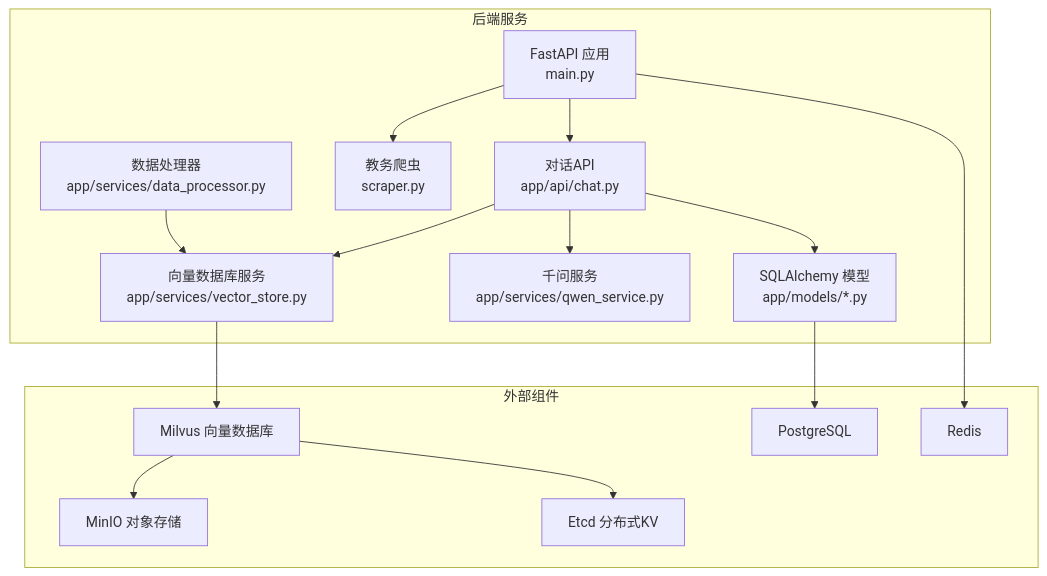
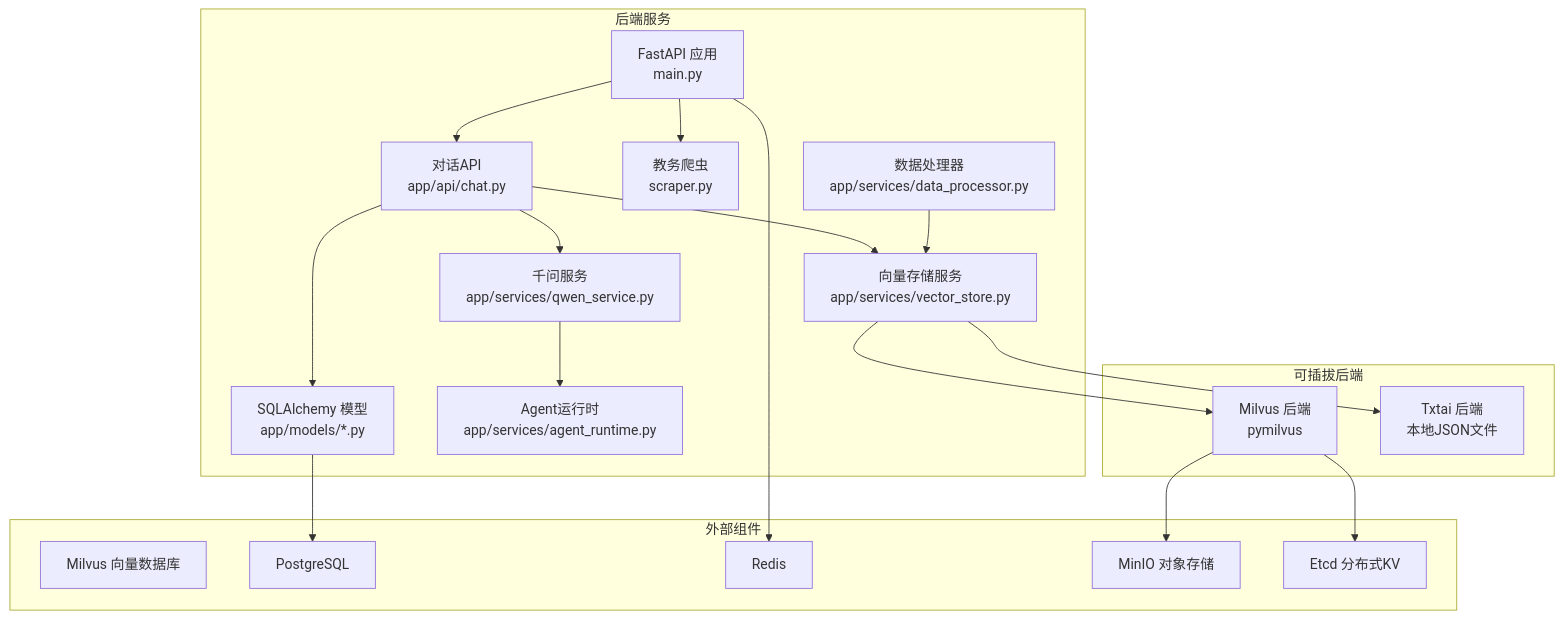
Before and after one commit to ghbbn053-ship-itsoulddog/soulddog: the first of 12 diagrams in .qoder/repowiki/zh/content/AI智能问答系统/向量数据库集成/向量数据库集成.md, drawn with Mermaid. The commit also changed other lines of this file and 119 other files, not shown here.

````diff
--- a/.qoder/repowiki/zh/content/AI智能问答系统/向量数据库集成/向量数据库集成.md
+++ b/.qoder/repowiki/zh/content/AI智能问答系统/向量数据库集成/向量数据库集成.md
@@ -53,30 +62,37 @@
 ```mermaid
 graph TB
 subgraph "后端服务"
 API["FastAPI 应用<br/>main.py"]
 ChatAPI["对话API<br/>app/api/chat.py"]
-VectorStore["向量数据库服务<br/>app/services/vector_store.py"]
+VectorStore["向量存储服务<br/>app/services/vector_store.py"]
 Qwen["千问服务<br/>app/services/qwen_service.py"]
 Scraper["教务爬虫<br/>scraper.py"]
 DB["SQLAlchemy 模型<br/>app/models/*.py"]
 DataProc["数据处理器<br/>app/services/data_processor.py"]
+AgentRuntime["Agent运行时<br/>app/services/agent_runtime.py"]
 end
 subgraph "外部组件"
 Milvus["Milvus 向量数据库"]
 Postgres["PostgreSQL"]
 Redis["Redis"]
 MinIO["MinIO 对象存储"]
 Etcd["Etcd 分布式KV"]
 end
+subgraph "可插拔后端"
+MilvusBackend["Milvus 后端<br/>pymilvus"]
+TxtaiBackend["Txtai 后端<br/>本地JSON文件"]
+end
 API --> ChatAPI
 ChatAPI --> VectorStore
 ChatAPI --> Qwen
 ChatAPI --> DB
 API --> Scraper
-VectorStore --> Milvus
+VectorStore --> MilvusBackend
+VectorStore --> TxtaiBackend
+Qwen --> AgentRuntime
 DB --> Postgres
 API --> Redis
 DataProc --> VectorStore
-Milvus --> MinIO
-Milvus --> Etcd
+MilvusBackend --> MinIO
+MilvusBackend --> Etcd
 ```
````
